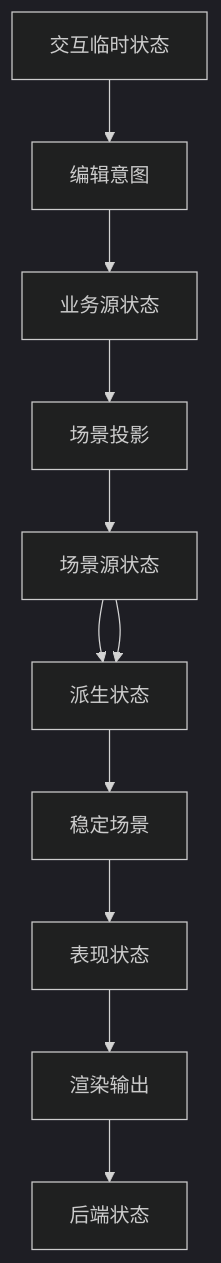
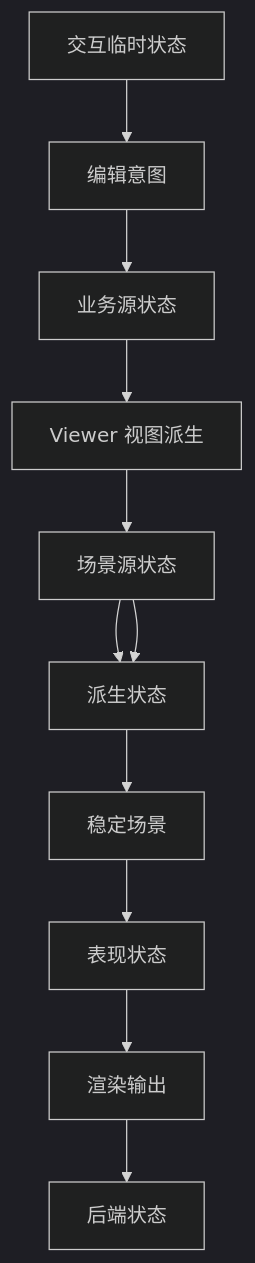
The second of 4 diagrams in engine/wasm_rust/novadraw/book/internals/src/01-graphical-framework.md (yezhang/novadraw), drawn with Mermaid (dark theme) before and after one commit. The commit also changed other lines of this file and 46 other files, not shown here.

````diff
--- a/engine/wasm_rust/novadraw/book/internals/src/01-graphical-framework.md
+++ b/engine/wasm_rust/novadraw/book/internals/src/01-graphical-framework.md
@@ -207,13 +207,13 @@
 ```mermaid
 flowchart TD
-    Business[业务源状态] --> Projection[场景投影]
+    Business[业务源状态] --> View[Viewer 视图派生]
     Scene[场景源状态] --> Derived[派生状态]
-    Projection --> Scene
+    View --> Scene
     Session[交互临时状态] --> Intent[编辑意图]
     Intent --> Business
     Scene --> Derived
     Derived --> Stable[稳定场景]
     Stable --> Presentation[表现状态]
     Presentation --> Output[渲染输出]
     Output --> Backend[后端状态]
 ```
````
